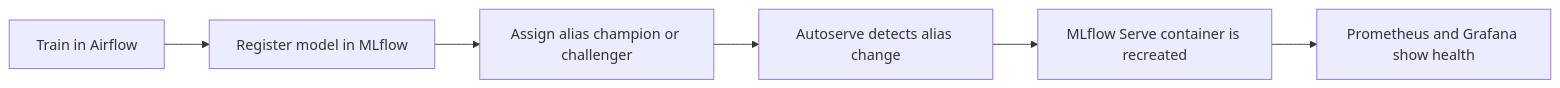
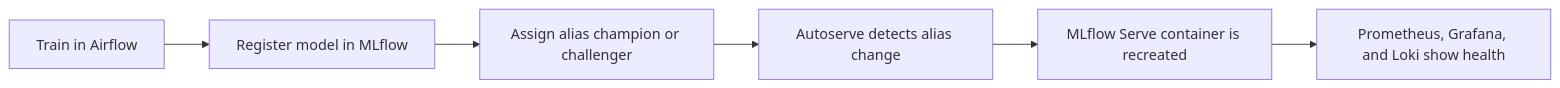
One commit to AleksTurov/mlops changed the second of 2 diagrams in README.md. Above: the diagram before and after it, drawn with Mermaid. The commit also changed other lines of this file and 8 other files, not shown here.

````diff
--- a/README.md
+++ b/README.md
@@ -35,8 +43,8 @@
 ```mermaid
 flowchart LR
     A[Train in Airflow] --> B[Register model in MLflow]
     B --> C[Assign alias champion or challenger]
     C --> D[Autoserve detects alias change]
     D --> E[MLflow Serve container is recreated]
-    E --> F[Prometheus and Grafana show health]
+    E --> F[Prometheus, Grafana, and Loki show health]
 ```
````
